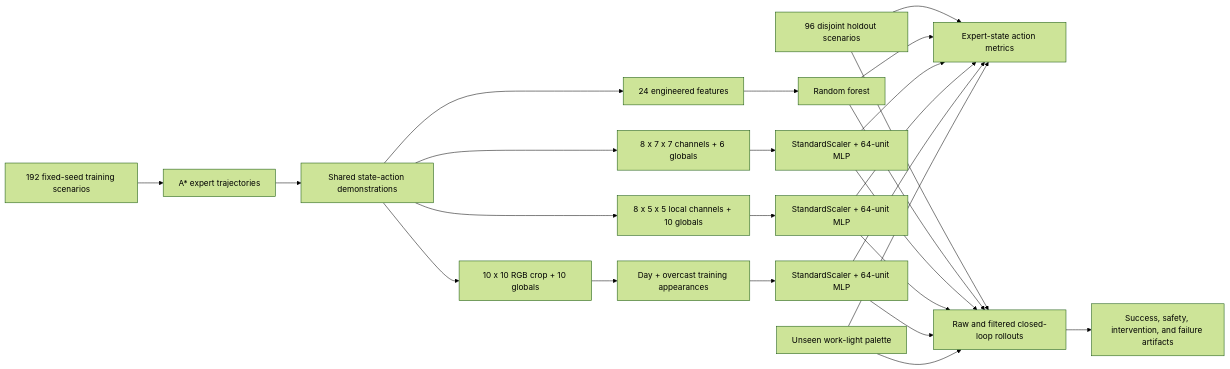
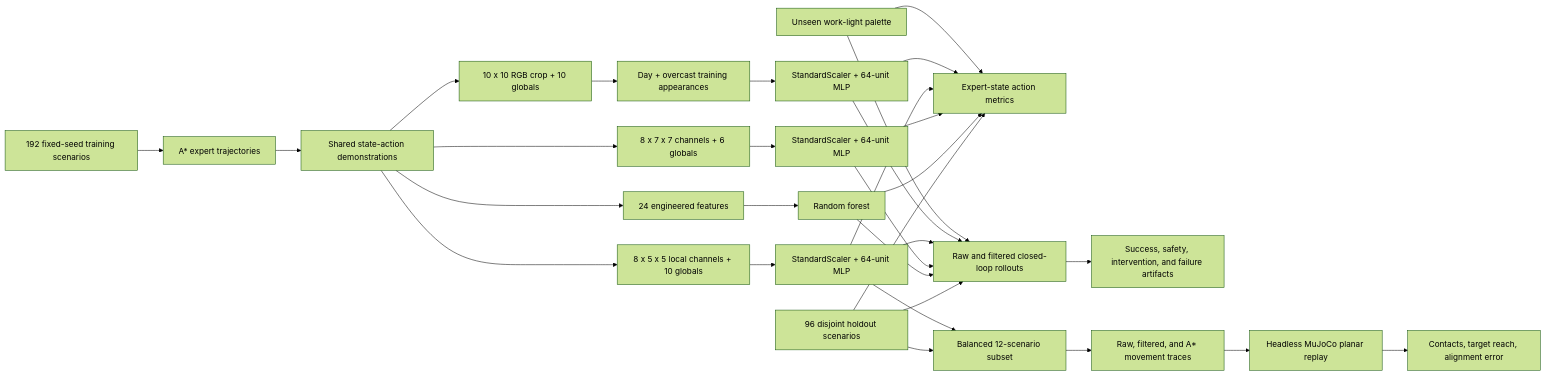
The diagram in projects/vla-embodied-agent-simulator/ARCHITECTURE.md (josiahsutd-stack/ai-portfolio), drawn with Mermaid (forest theme) before and after one commit. The commit also changed other lines of this file and 31 other files, not shown here.

````diff
--- a/projects/vla-embodied-agent-simulator/ARCHITECTURE.md
+++ b/projects/vla-embodied-agent-simulator/ARCHITECTURE.md
@@ -28,27 +29,32 @@
 ```mermaid
 flowchart LR
   A["192 fixed-seed training scenarios"] --> B["A* expert trajectories"]
   B --> C["Shared state-action demonstrations"]
   C --> D["24 engineered features"]
   C --> E["8 x 7 x 7 channels + 6 globals"]
   C --> L["8 x 5 x 5 local channels + 10 globals"]
   C --> N["10 x 10 RGB crop + 10 globals"]
   D --> F["Random forest"]
   E --> G["StandardScaler + 64-unit MLP"]
   L --> M["StandardScaler + 64-unit MLP"]
   N --> O["Day + overcast training appearances"]
   O --> P["StandardScaler + 64-unit MLP"]
   H["96 disjoint holdout scenarios"] --> I["Expert-state action metrics"]
   F --> I
   G --> I
   M --> I
   P --> I
   Q["Unseen work-light palette"] --> I
   H --> J["Raw and filtered closed-loop rollouts"]
   F --> J
   G --> J
   M --> J
   P --> J
   Q --> J
   J --> K["Success, safety, intervention, and failure artifacts"]
+  H --> R["Balanced 12-scenario subset"]
+  M --> R
+  R --> S["Raw, filtered, and A* movement traces"]
+  S --> T["Headless MuJoCo planar replay"]
+  T --> U["Contacts, target reach, alignment error"]
 ```
````
